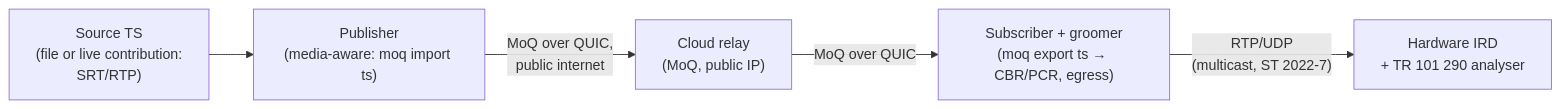
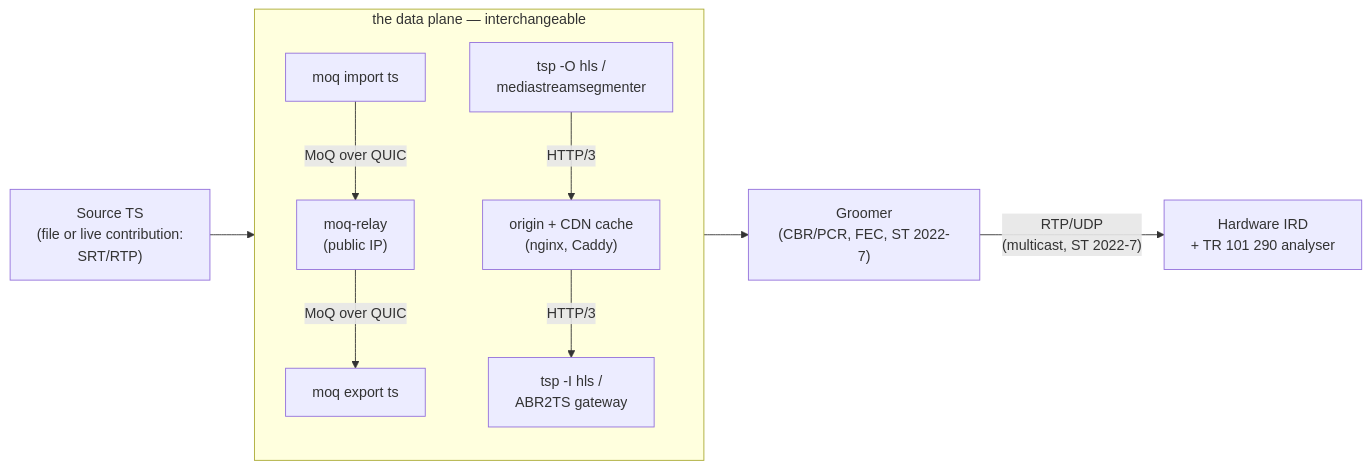
The diagram in docs/implementation.md (tdrapier-wbd/moq-mpegts-paper), drawn with Mermaid before and after one commit. The commit also changed other lines of this file and 22 other files, not shown here.

````diff
--- a/docs/implementation.md
+++ b/docs/implementation.md
@@ -79,10 +151,15 @@
 ```mermaid
 flowchart LR
     SRC["Source TS\n(file or live contribution:\nSRT/RTP)"]
-    PUB["Publisher\n(media-aware: moq import ts)"]
-    RELAY["Cloud relay\n(MoQ, public IP)"]
-    SUB["Subscriber + groomer\n(moq export ts → CBR/PCR, egress)"]
+
+    subgraph DP["the data plane — interchangeable"]
+        direction TB
+        PUB["moq import ts"] -->|MoQ over QUIC| RELAY["moq-relay\n(public IP)"] -->|MoQ over QUIC| SUB["moq export ts"]
+        HPUB["tsp -O hls /\nmediastreamsegmenter"] -->|HTTP/3| CACHE["origin + CDN cache\n(nginx, Caddy)"] -->|HTTP/3| HSUB["tsp -I hls /\nABR2TS gateway"]
+    end
+
+    GROOM["Groomer\n(CBR/PCR, FEC, ST 2022-7)"]
     IRD["Hardware IRD\n+ TR 101 290 analyser"]
 
-    SRC --> PUB -->|MoQ over QUIC,\npublic internet| RELAY -->|MoQ over QUIC| SUB -->|"RTP/UDP\n(multicast, ST 2022-7)"| IRD
+    SRC --> DP --> GROOM -->|"RTP/UDP\n(multicast, ST 2022-7)"| IRD
 ```
````
